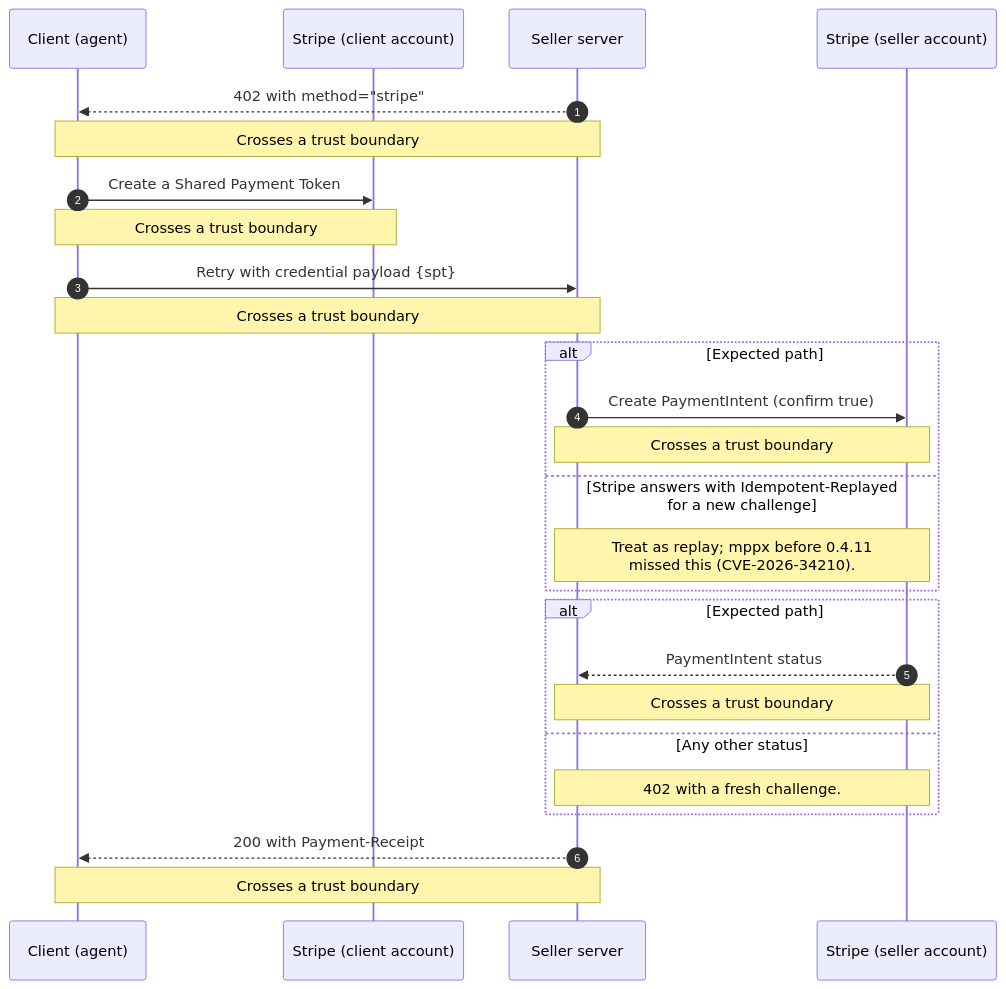
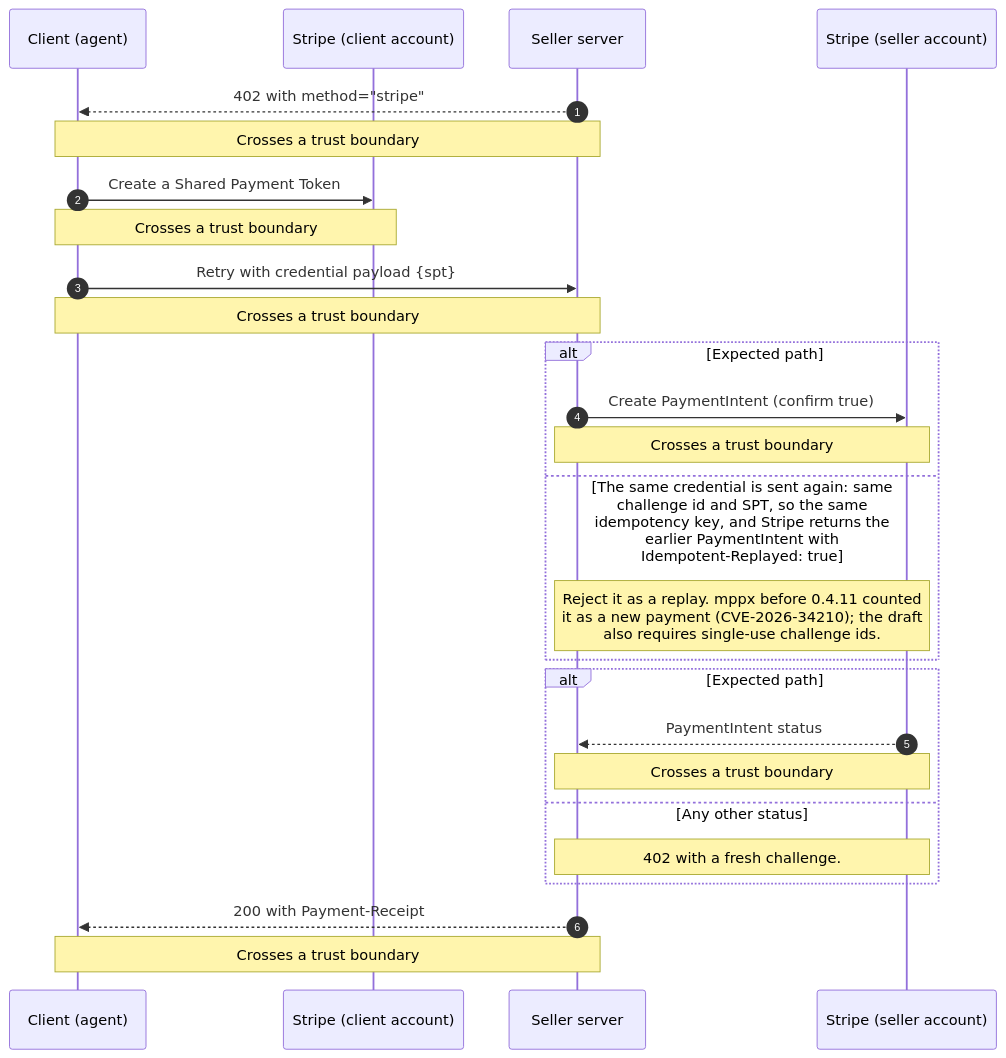
The diagram in src/generated/mermaid/stripe-mpp-stripe-spt-charge.mmd (mercesAI/agentic-rails-atlas), drawn with Mermaid before and after one commit. The commit also changed 154 other files, not shown here.

Commit message:
fix(content): full Stripe MPP fact check with site-wide SPT price correction

```diff
--- a/src/generated/mermaid/stripe-mpp-stripe-spt-charge.mmd
+++ b/src/generated/mermaid/stripe-mpp-stripe-spt-charge.mmd
@@ -1,28 +1,28 @@
 sequenceDiagram
   accTitle: MPP charge with the stripe method (Shared Payment Token)
-  accDescr: Sequence diagram: MPP charge with the stripe method (Shared Payment Token). 4 participants: Client (agent), Stripe (client account), Seller server, and Stripe (seller account). 6 steps, 6 crossing a trust boundary, 2 failure branches. Based on stripe-mpp draft-stripe-charge-00 (2026-09-09). Step 1: Seller server to Client (agent): 402 with method= stripe. This step crosses a trust boundary. Step 2: Client (agent) to Stripe (client account): Create a Shared Payment Token. This step crosses a trust boundary. Step 3: Client (agent) to Seller server: Retry with credential payload spt. This step crosses a trust boundary. Step 4: Seller server to Stripe (seller account): Create PaymentIntent (confirm true). This step crosses a trust boundary. If Stripe answers with Idempotent-Replayed for a new challenge: Treat as replay mppx before 0.4.11 missed this (CVE-2026-34210). Step 5: Stripe (seller account) to Seller server: PaymentIntent status. This step crosses a trust boundary. If Any other status: 402 with a fresh challenge. Step 6: Seller server to Client (agent): 200 with Payment-Receipt. This step crosses a trust boundary.
+  accDescr: Sequence diagram: MPP charge with the stripe method (Shared Payment Token). 4 participants: Client (agent), Stripe (client account), Seller server, and Stripe (seller account). 6 steps, 6 crossing a trust boundary, 2 failure branches. Based on stripe-mpp draft-stripe-charge-00 (undated, repository text of 2026-09-09, unchanged at commit 50309c8) (2026-09-09). Step 1: Seller server to Client (agent): 402 with method= stripe. This step crosses a trust boundary. Step 2: Client (agent) to Stripe (client account): Create a Shared Payment Token. This step crosses a trust boundary. Step 3: Client (agent) to Seller server: Retry with credential payload spt. This step crosses a trust boundary. Step 4: Seller server to Stripe (seller account): Create PaymentIntent (confirm true). This step crosses a trust boundary. If The same credential is sent again: same challenge id and SPT, so the same idempotency key, and Stripe returns the earlier PaymentIntent with Idempotent-Replayed: true: Reject it as a replay. mppx before 0.4.11 counted it as a new payment (CVE-2026-34210) the draft also requires single-use challenge ids. Step 5: Stripe (seller account) to Seller server: PaymentIntent status. This step crosses a trust boundary. If Any other status: 402 with a fresh challenge. Step 6: Seller server to Client (agent): 200 with Payment-Receipt. This step crosses a trust boundary.
   autonumber
   participant p_client as Client (agent)
   participant p_stripe as Stripe (client account)
   participant p_server as Seller server
   participant p_stripeS as Stripe (seller account)
   p_server-->>p_client: 402 with method=#quot;stripe#quot;
   Note over p_server,p_client: Crosses a trust boundary
   p_client->>p_stripe: Create a Shared Payment Token
   Note over p_client,p_stripe: Crosses a trust boundary
   p_client->>p_server: Retry with credential payload #123;spt#125;
   Note over p_client,p_server: Crosses a trust boundary
   alt Expected path
     p_server->>p_stripeS: Create PaymentIntent (confirm true)
     Note over p_server,p_stripeS: Crosses a trust boundary
-  else Stripe answers with Idempotent-Replayed for a new challenge
-    Note over p_server,p_stripeS: Treat as replay#59; mppx before 0.4.11<br/>missed this (CVE-2026-34210).
+  else The same credential is sent again: same challenge id and SPT, so the same idempotency key, and Stripe returns the earlier PaymentIntent with Idempotent-Replayed: true
+    Note over p_server,p_stripeS: Reject it as a replay. mppx before 0.4.11 counted<br/>it as a new payment (CVE-2026-34210)#59; the draft<br/>also requires single-use challenge ids.
   end
   alt Expected path
     p_stripeS-->>p_server: PaymentIntent status
     Note over p_stripeS,p_server: Crosses a trust boundary
   else Any other status
     Note over p_stripeS,p_server: 402 with a fresh challenge.
   end
   p_server-->>p_client: 200 with Payment-Receipt
   Note over p_server,p_client: Crosses a trust boundary
```
